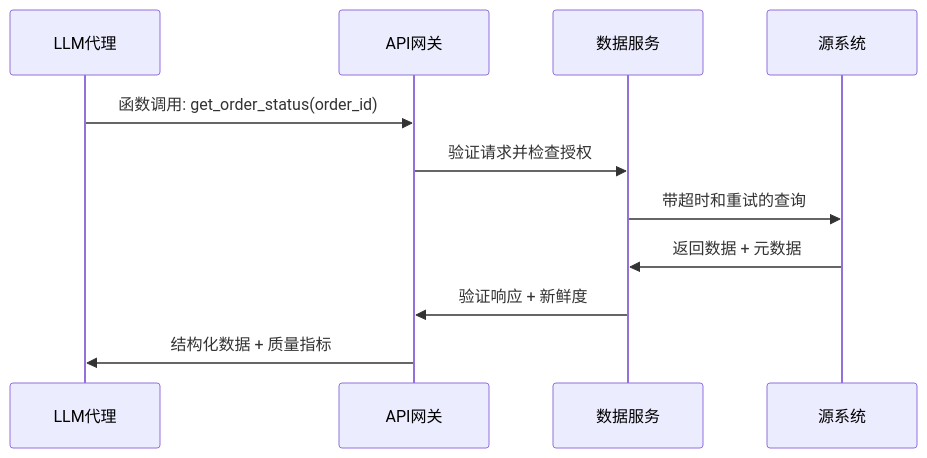
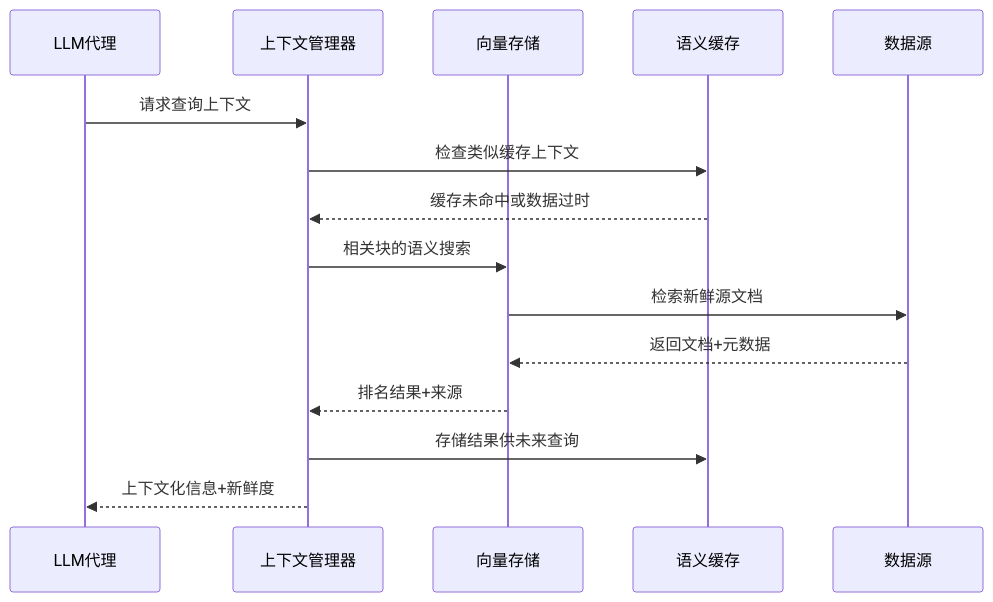
Before and after one commit to tikazyq/marvinzhang.dev: the second of 4 diagrams in i18n/zh/docusaurus-plugin-content-blog/2025-09-24-enterprise-ai-application-architecture.mdx, drawn with Mermaid. The commit also changed other lines of this file and 1 other file, not shown here.

````diff
--- a/i18n/zh/docusaurus-plugin-content-blog/2025-09-24-enterprise-ai-application-architecture.mdx
+++ b/i18n/zh/docusaurus-plugin-content-blog/2025-09-24-enterprise-ai-application-architecture.mdx
@@ -100,14 +149,18 @@
 ```mermaid
 sequenceDiagram
     participant Agent as LLM代理
-    participant Gateway as API网关
-    participant Service as 数据服务
-    participant System as 源系统
+    participant Context as 上下文管理器
+    participant Vector as 向量存储
+    participant Cache as 语义缓存
+    participant Sources as 数据源
     
-    Agent->>Gateway: 函数调用: get_order_status(order_id)
-    Gateway->>Service: 验证请求并检查授权
-    Service->>System: 带超时和重试的查询
-    System->>Service: 返回数据 + 元数据
-    Service->>Gateway: 验证响应 + 新鲜度
-    Gateway->>Agent: 结构化数据 + 质量指标
+    Agent->>Context: 请求查询上下文
+    Context->>Cache: 检查类似缓存上下文
+    Cache-->>Context: 缓存未命中或数据过时
+    Context->>Vector: 相关块的语义搜索
+    Vector->>Sources: 检索新鲜源文档
+    Sources-->>Vector: 返回文档+元数据
+    Vector-->>Context: 排名结果+来源
+    Context->>Cache: 存储结果供未来查询
+    Context-->>Agent: 上下文化信息+新鲜度
 ```
````
